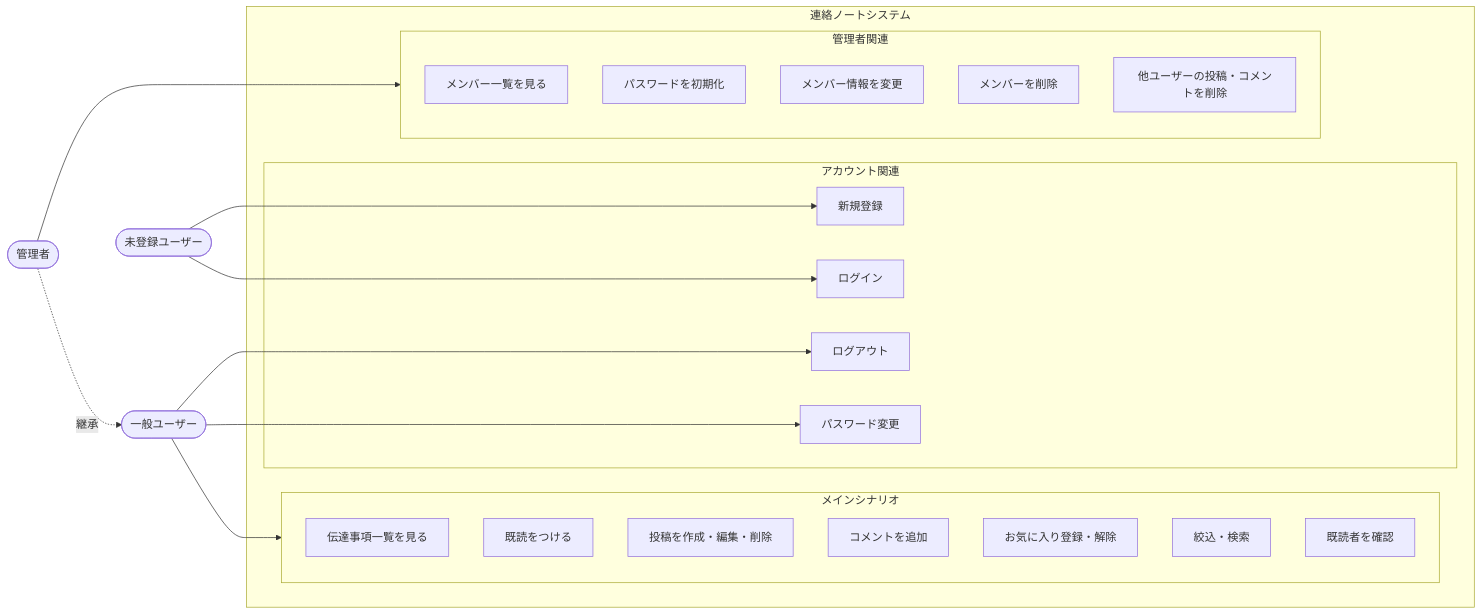
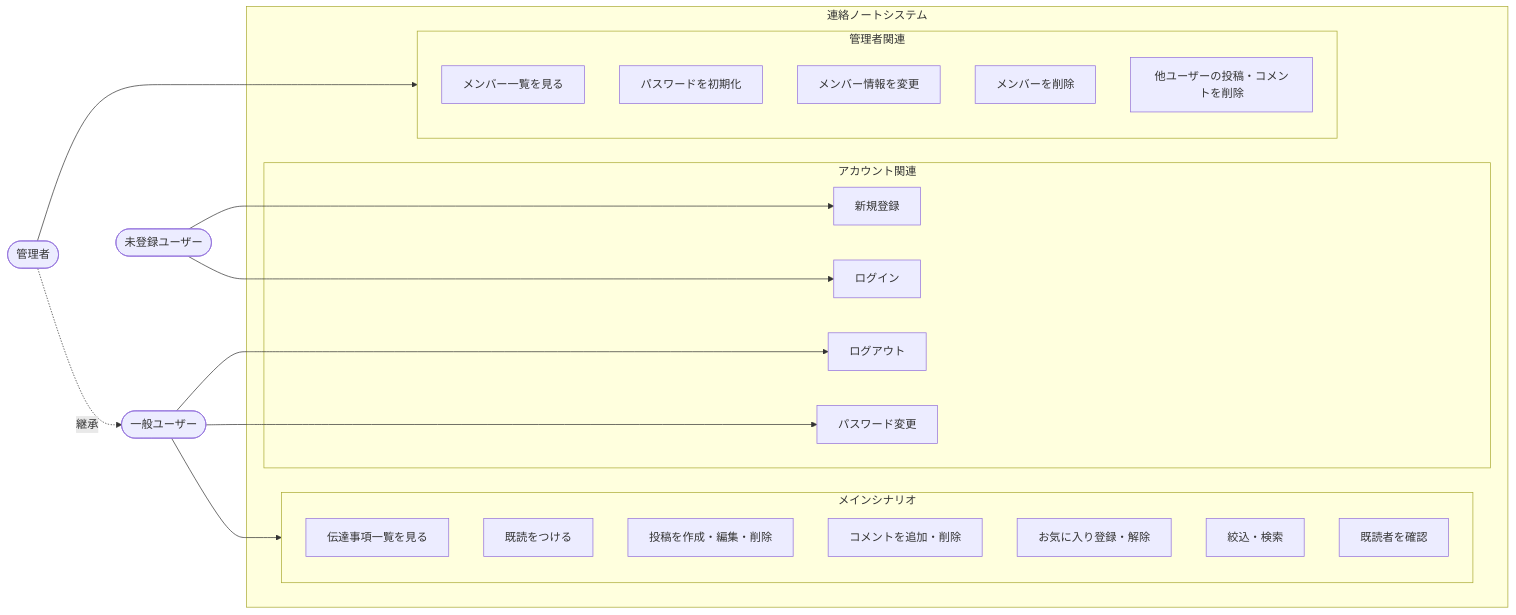
Before and after one commit to justayui/CommunicationNotebook: the first of 2 diagrams in docs/requirements.md, drawn with Mermaid. The commit also changed other lines of this file, not shown here.

````diff
--- a/docs/requirements.md
+++ b/docs/requirements.md
@@ -195,40 +200,40 @@
 ```mermaid
 flowchart LR
     Guest([未登録ユーザー])
     Member([一般ユーザー])
     Admin([管理者])
 
     Admin -.->|継承| Member
 
     subgraph SYS["連絡ノートシステム"]
         subgraph MAIN["メインシナリオ"]
             UC1[伝達事項一覧を見る]
             UC2[既読をつける]
             UC3[投稿を作成・編集・削除]
-            UC4[コメントを追加]
+            UC4[コメントを追加・削除]
             UC5[お気に入り登録・解除]
             UC6[絞込・検索]
             UC7[既読者を確認]
         end
         subgraph ACC["アカウント関連"]
             UC8[新規登録]
             UC9[ログイン]
             UC10[ログアウト]
             UC11[パスワード変更]
         end
         subgraph ADM["管理者関連"]
             UC12[メンバー一覧を見る]
             UC13[パスワードを初期化]
             UC14[メンバー情報を変更]
             UC15[メンバーを削除]
             UC16[他ユーザーの投稿・コメントを削除]
         end
     end
 
     Guest --> UC8
     Guest --> UC9
     Member --> MAIN
     Member --> UC10
     Member --> UC11
     Admin --> ADM
 ```
````
